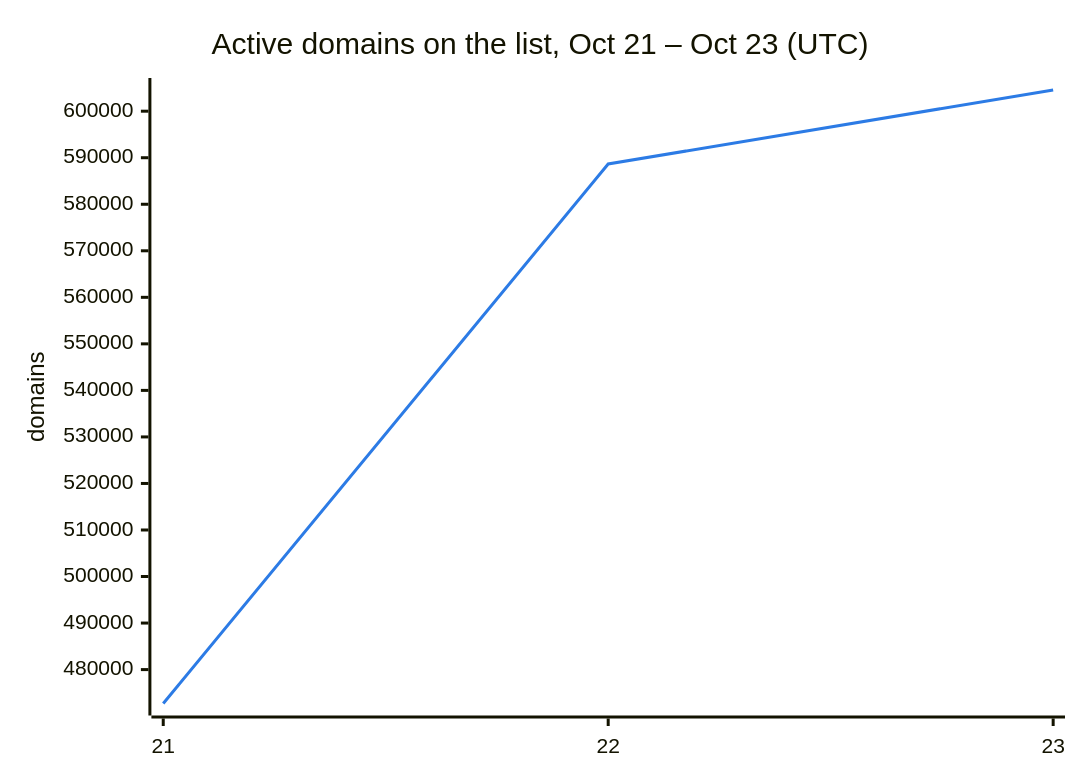
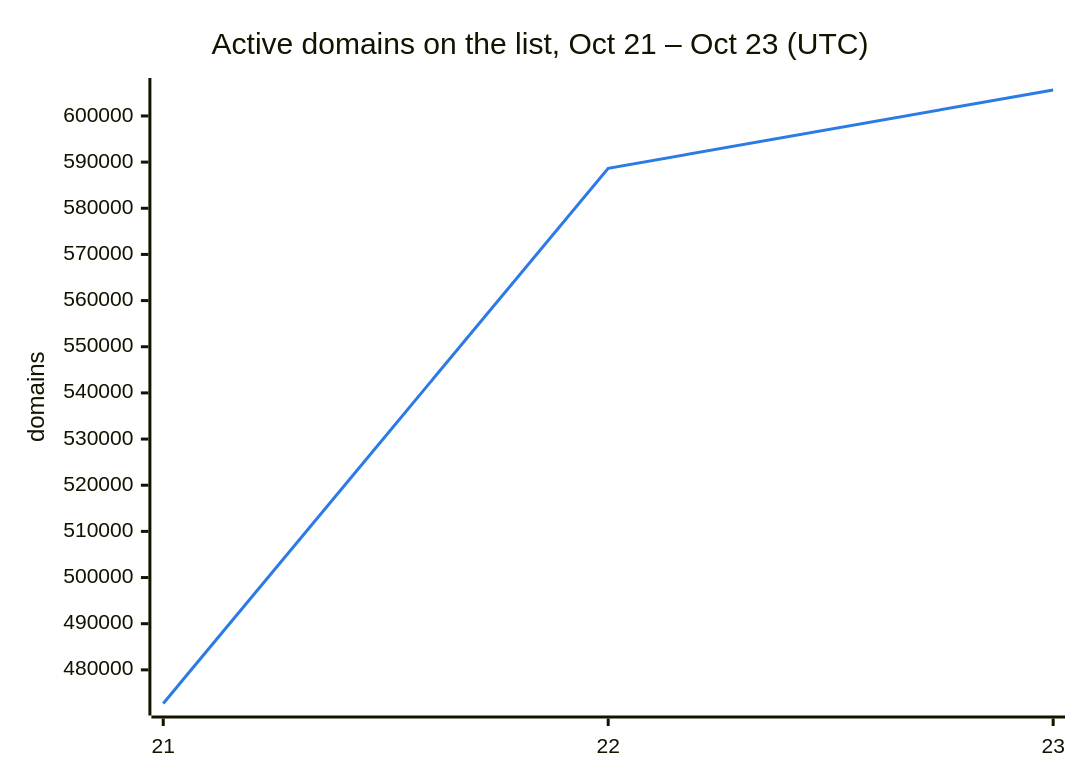
One commit to DNSBunker/CTI changed the second of 3 diagrams in README.md. Above: the diagram before and after it, drawn with Mermaid. The commit also changed other lines of this file and 3 other files, not shown here.

````diff
--- a/README.md
+++ b/README.md
@@ -38,8 +38,8 @@
 ```mermaid
 %%{init: {"themeVariables": {"xyChart": {"plotColorPalette": "#2c7be5"}}}}%%
 xychart-beta
     title "Active domains on the list, Oct 21 – Oct 23 (UTC)"
     x-axis ["21", "22", "23"]
     y-axis "domains"
-    line [472713, 588659, 604554]
+    line [472713, 588659, 605621]
 ```
````
